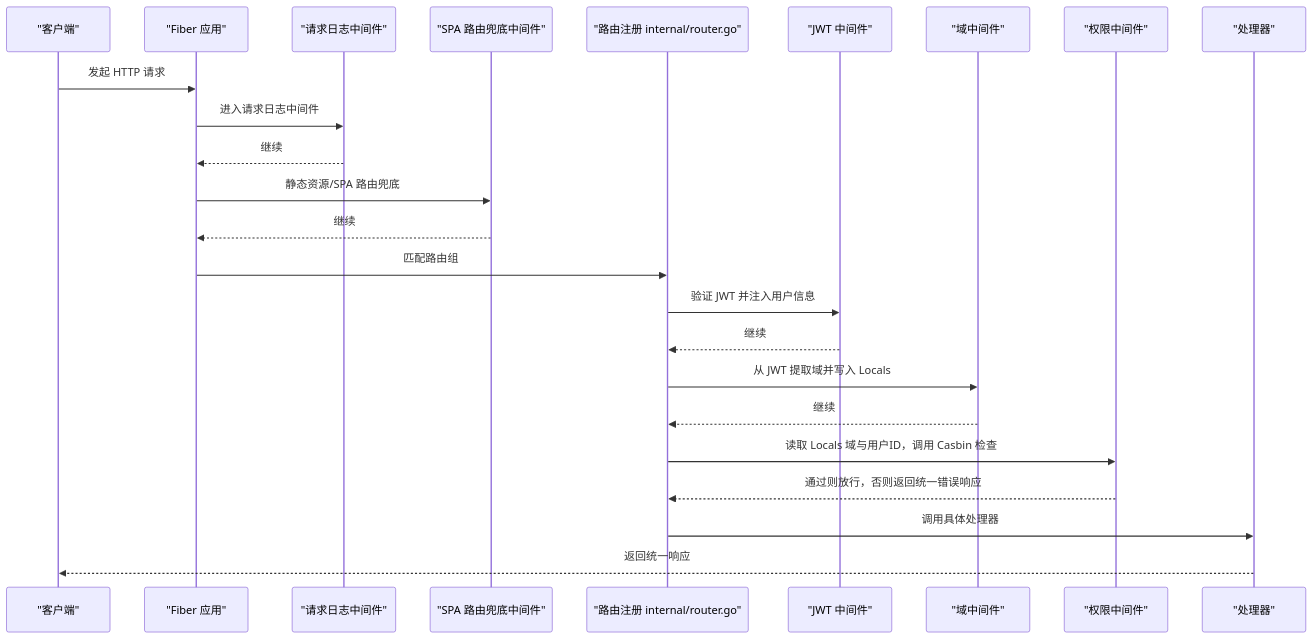
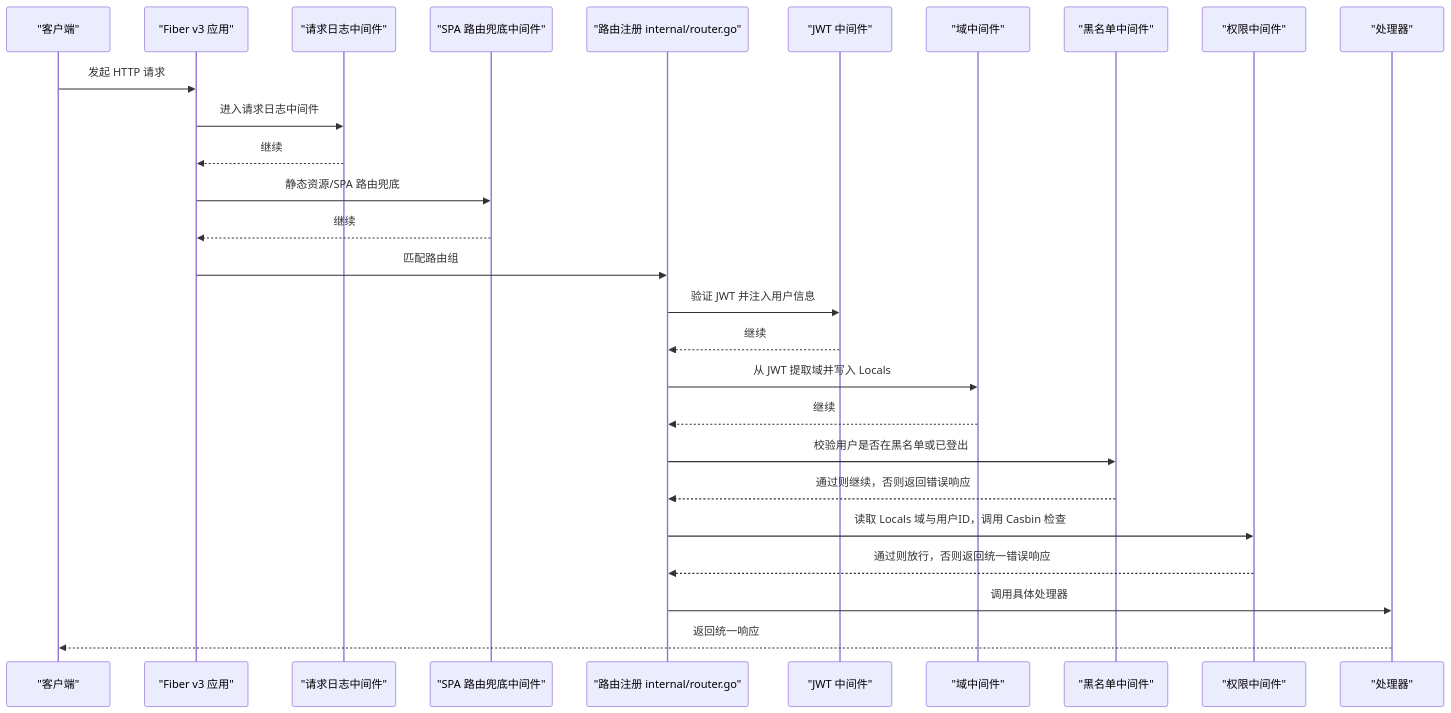
Before and after one commit to wuwuseo/e-sports-go-admin: the second of 7 diagrams in .qoder/repowiki/zh/content/架构设计/中间件架构.md, drawn with Mermaid. The commit also changed other lines of this file and 42 other files, not shown here.

````diff
--- a/.qoder/repowiki/zh/content/架构设计/中间件架构.md
+++ b/.qoder/repowiki/zh/content/架构设计/中间件架构.md
@@ -97,26 +111,29 @@
 ```mermaid
 sequenceDiagram
 participant Client as "客户端"
-participant Fiber as "Fiber 应用"
+participant Fiber as "Fiber v3 应用"
 participant LoggerMW as "请求日志中间件"
 participant SPA as "SPA 路由兜底中间件"
 participant Router as "路由注册 internal/router.go"
 participant JWT as "JWT 中间件"
 participant Domain as "域中间件"
+participant Blacklist as "黑名单中间件"
 participant Perm as "权限中间件"
 participant Handler as "处理器"
 Client->>Fiber : 发起 HTTP 请求
 Fiber->>LoggerMW : 进入请求日志中间件
 LoggerMW-->>Fiber : 继续
 Fiber->>SPA : 静态资源/SPA 路由兜底
 SPA-->>Fiber : 继续
 Fiber->>Router : 匹配路由组
 Router->>JWT : 验证 JWT 并注入用户信息
 JWT-->>Router : 继续
 Router->>Domain : 从 JWT 提取域并写入 Locals
 Domain-->>Router : 继续
+Router->>Blacklist : 校验用户是否在黑名单或已登出
+Blacklist-->>Router : 通过则继续，否则返回错误响应
 Router->>Perm : 读取 Locals 域与用户ID，调用 Casbin 检查
 Perm-->>Router : 通过则放行，否则返回统一错误响应
 Router->>Handler : 调用具体处理器
 Handler-->>Client : 返回统一响应
 ```
````
